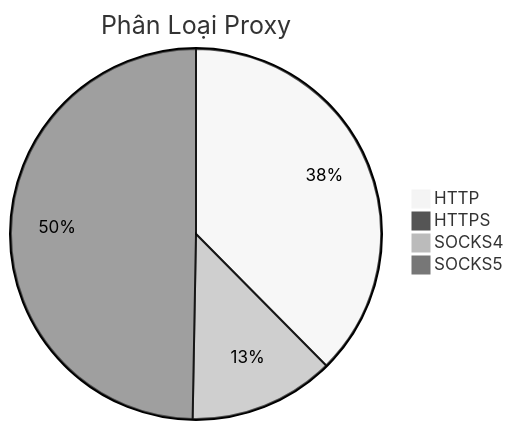
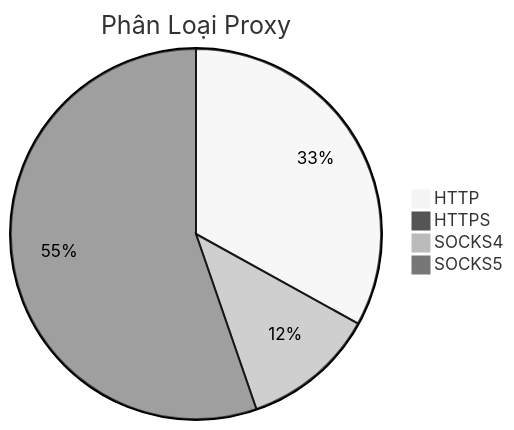
Before and after one commit to Ciara-12/PROXY-free: the diagram in README.md, drawn with Mermaid (neutral theme). The commit also changed other lines of this file and 3 other files, not shown here.

````diff
--- a/README.md
+++ b/README.md
@@ -26,7 +26,7 @@
 ```mermaid
 pie title Phân Loại Proxy
-    "HTTP" : 1038
+    "HTTP" : 931
     "HTTPS" : 2
-    "SOCKS4" : 351
-    "SOCKS5" : 1373
+    "SOCKS4" : 329
+    "SOCKS5" : 1558
 ```
````
